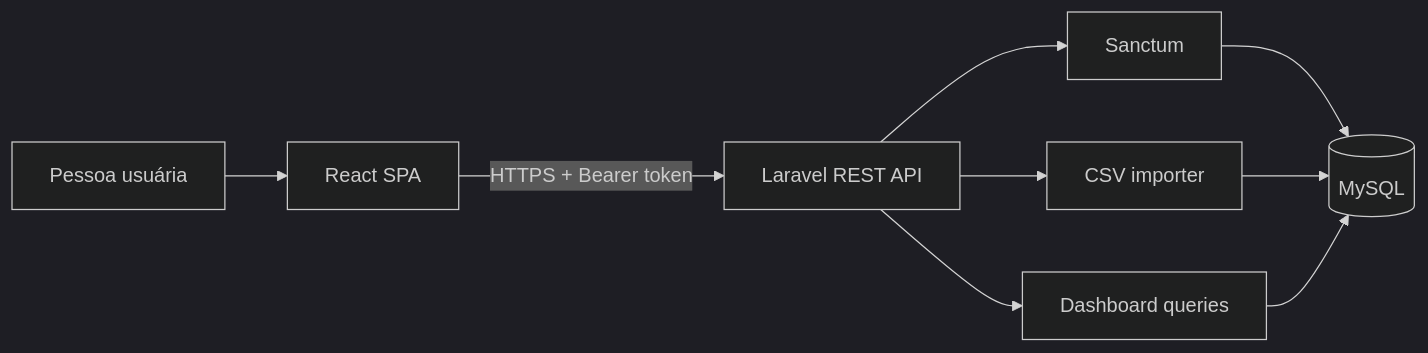
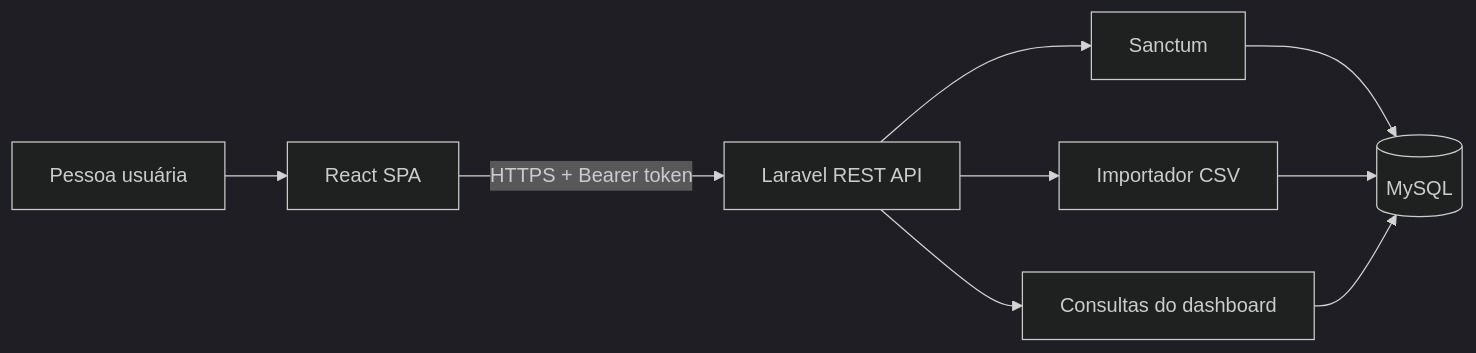
One commit to giulia05tomaz/GreenMeter-Lite changed the diagram in README.md. Above: the diagram before and after it, drawn with Mermaid (dark theme). The commit also changed other lines of this file and 40 other files, not shown here.

````diff
--- a/README.md
+++ b/README.md
@@ -38,11 +38,11 @@
 ```mermaid
 flowchart LR
     U["Pessoa usuária"] --> SPA["React SPA"]
     SPA -->|"HTTPS + Bearer token"| API["Laravel REST API"]
     API --> AUTH["Sanctum"]
-    API --> IMPORT["CSV importer"]
-    API --> DASH["Dashboard queries"]
+    API --> IMPORT["Importador CSV"]
+    API --> DASH["Consultas do dashboard"]
     AUTH --> DB[("MySQL")]
     IMPORT --> DB
     DASH --> DB
 ```
````
